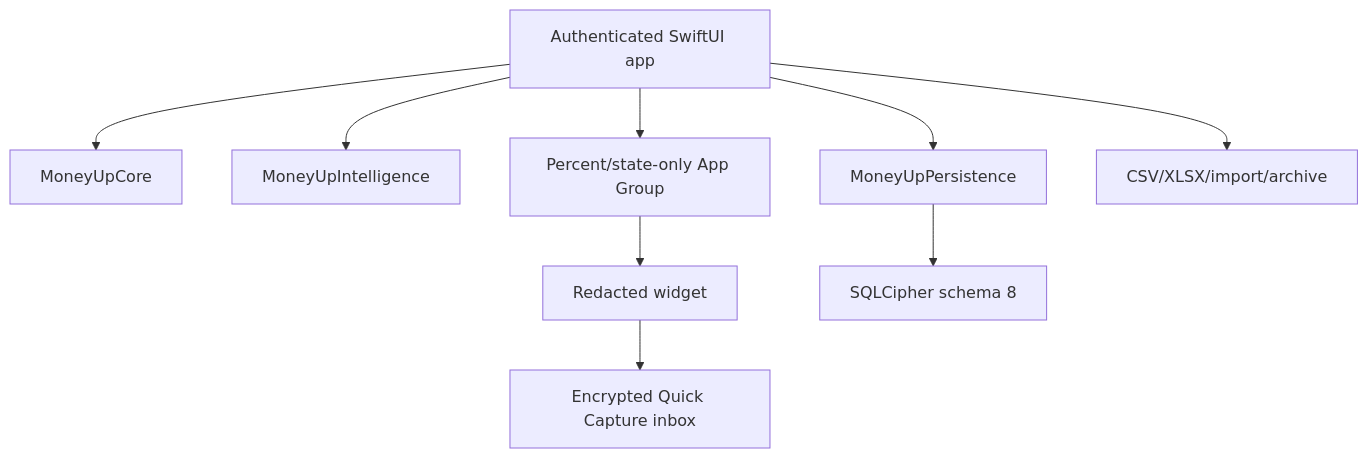
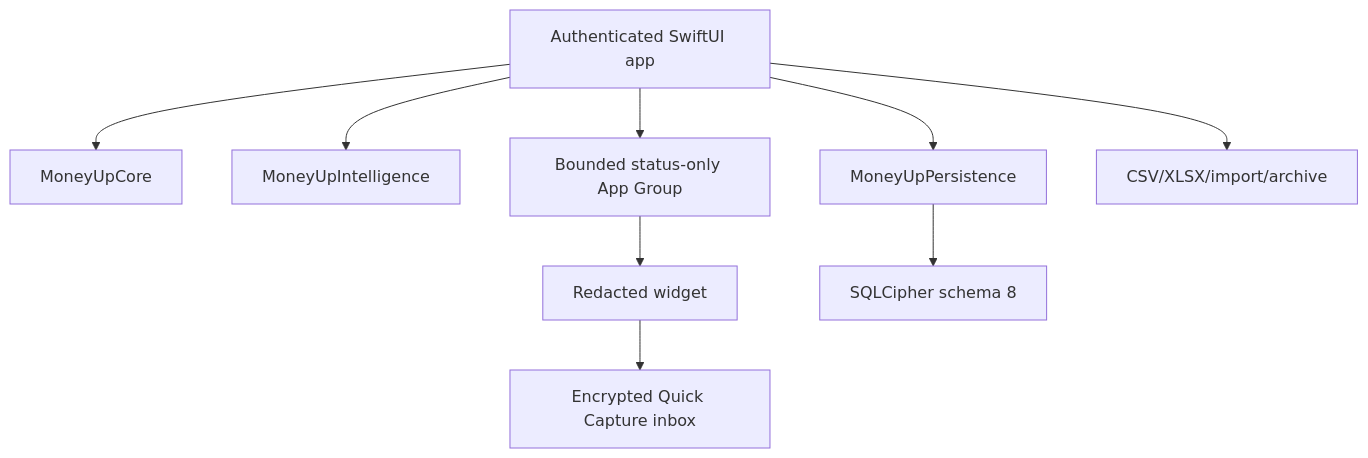
One commit to LaiWenKang/MoneyUp changed the diagram in docs/ARCHITECTURE.md. Above: the diagram before and after it, drawn with Mermaid. The commit also changed other lines of this file and 62 other files, not shown here.

````diff
--- a/docs/ARCHITECTURE.md
+++ b/docs/ARCHITECTURE.md
@@ -5,11 +5,11 @@
 ```mermaid
 flowchart TD
     Widget["Redacted widget"] --> Capture["Encrypted Quick Capture inbox"]
     App["Authenticated SwiftUI app"] --> Core["MoneyUpCore"]
     App --> Intel["MoneyUpIntelligence"]
     App --> Store["MoneyUpPersistence"]
     Store --> Cipher["SQLCipher schema 8"]
-    App --> Shared["Percent/state-only App Group"]
+    App --> Shared["Bounded status-only App Group"]
     Shared --> Widget
     App --> Files["CSV/XLSX/import/archive"]
 ```
````
